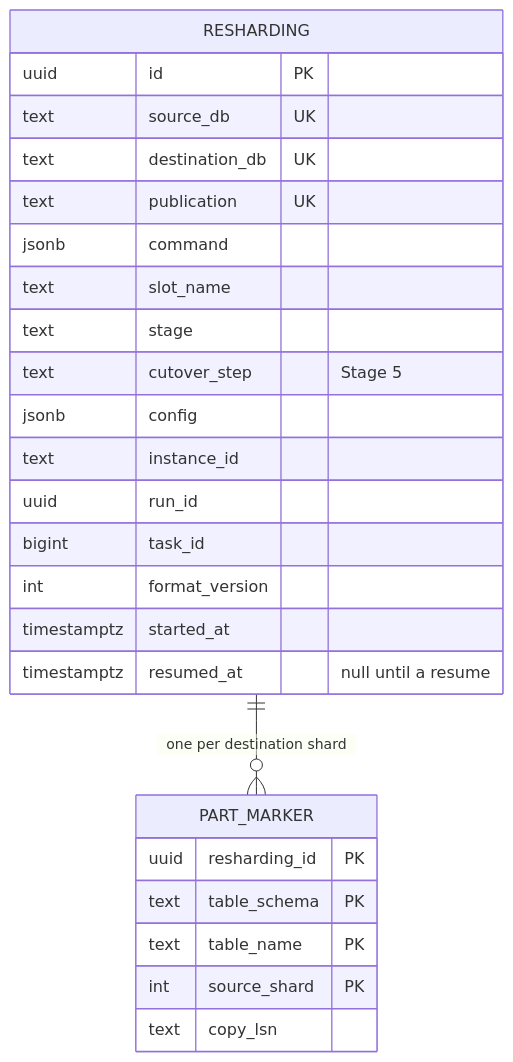
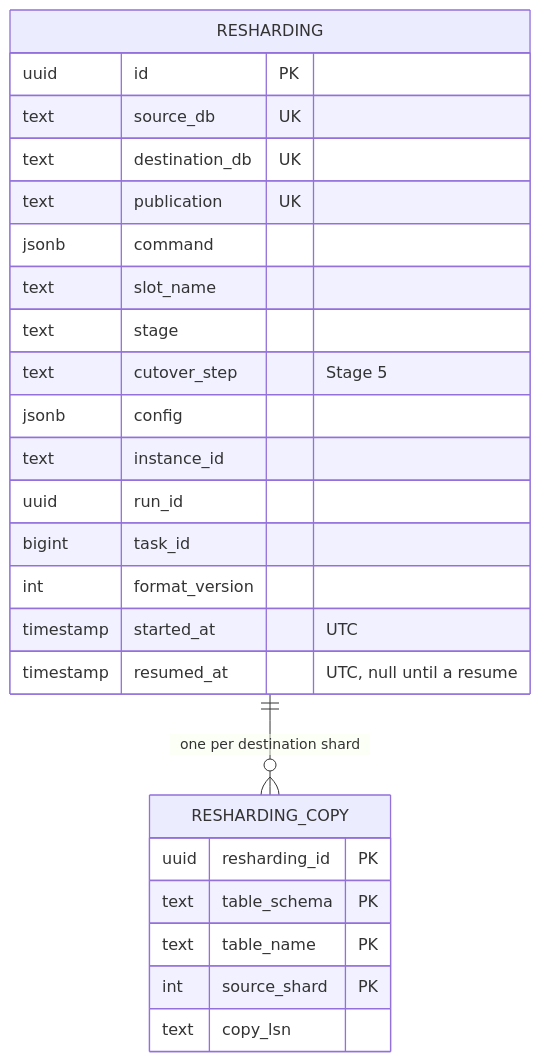
One commit to pgdogdev/pgdog changed the fourth of 10 diagrams in docs/RESUMABLE_RESHARDING.md. Above: the diagram before and after it, drawn with Mermaid. The commit also changed other lines of this file and 16 other files, not shown here.

````diff
--- a/docs/RESUMABLE_RESHARDING.md
+++ b/docs/RESUMABLE_RESHARDING.md
@@ -159,28 +256,28 @@
 ```mermaid
 erDiagram
-  RESHARDING ||--o{ PART_MARKER : "one per destination shard"
+  RESHARDING ||--o{ RESHARDING_COPY : "one per destination shard"
   RESHARDING {
     uuid id PK
     text source_db UK
     text destination_db UK
     text publication UK
     jsonb command
     text slot_name
     text stage
     text cutover_step "Stage 5"
     jsonb config
     text instance_id
     uuid run_id
     bigint task_id
     int format_version
-    timestamptz started_at
-    timestamptz resumed_at "null until a resume"
+    timestamp started_at "UTC"
+    timestamp resumed_at "UTC, null until a resume"
   }
-  PART_MARKER {
+  RESHARDING_COPY {
     uuid resharding_id PK
     text table_schema PK
     text table_name PK
     int source_shard PK
     text copy_lsn
   }
 ```
````
